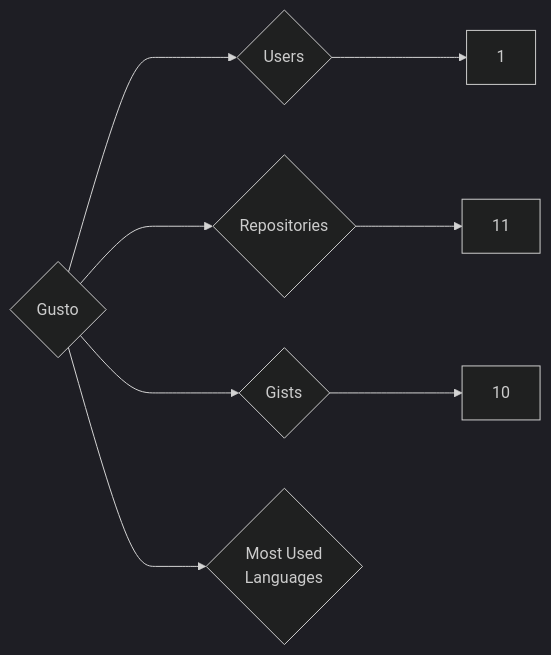
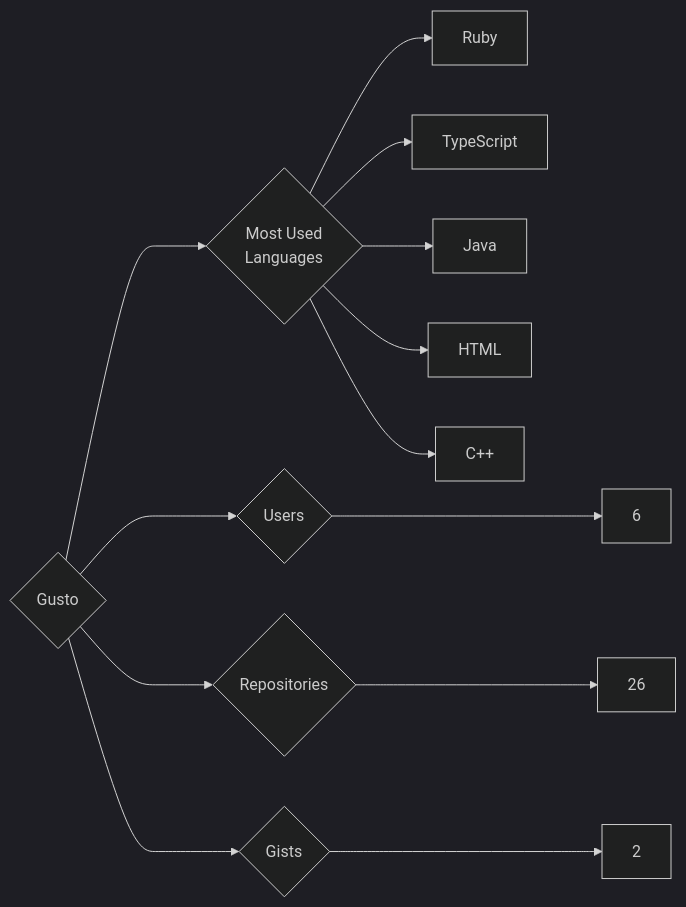
The diagram in targets/Gusto/README.md (trickest/insiders), drawn with Mermaid (dark theme) before and after one commit. The commit also changed 1175 other files, not shown here.

````diff
--- a/targets/Gusto/README.md
+++ b/targets/Gusto/README.md
@@ -3,8 +3,13 @@
 ```mermaid
 graph LR
 COMPANY_NAME{Gusto}
-COMPANY_NAME ---> U{Users} ---> UN[1]
-COMPANY_NAME ---> R{Repositories} ---> RN[11]
-COMPANY_NAME ---> G{Gists} ---> GN[10]
+COMPANY_NAME ---> U{Users} ---> UN[6]
+COMPANY_NAME ---> R{Repositories} ---> RN[26]
+COMPANY_NAME ---> G{Gists} ---> GN[2]
 COMPANY_NAME ---> ML{Most Used<br>Languages}
+ML --> Ruby[Ruby]
+ML --> TypeScript[TypeScript]
+ML --> Java[Java]
+ML --> HTML[HTML]
+ML --> C++[C++]
 ```
````
